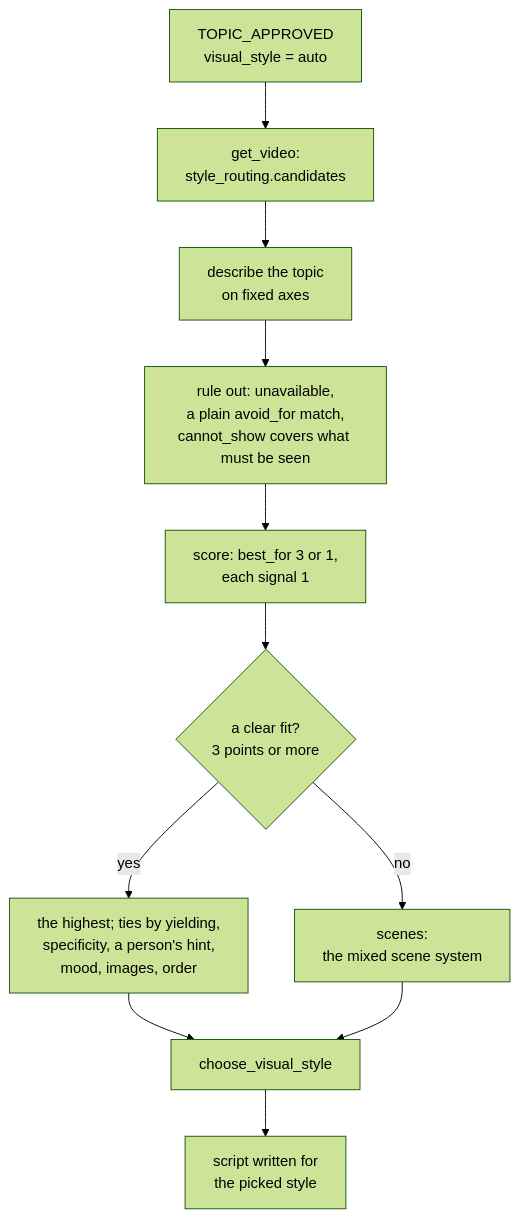
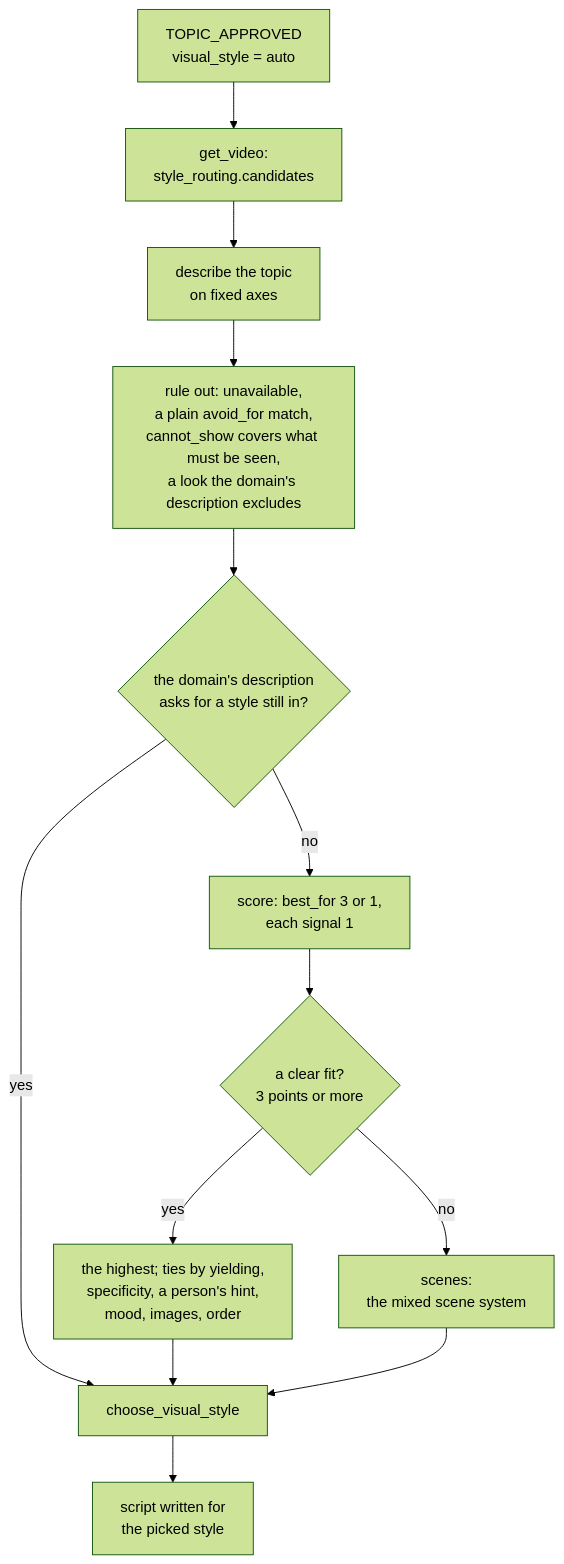
The first of 5 diagrams in docs/developer/10-scene-authoring.md (teja156/tubematic), drawn with Mermaid (forest theme) before and after one commit. The commit also changed other lines of this file and 25 other files, not shown here.

First line of the commit message:
A domain's description is editable in its row and is the agent's standing instructions for that domain (TMDEV-256)

````diff
--- a/docs/developer/10-scene-authoring.md
+++ b/docs/developer/10-scene-authoring.md
@@ -235,13 +235,15 @@
 ```mermaid
 flowchart TD
     A["TOPIC_APPROVED<br/>visual_style = auto"] --> B["get_video:<br/>style_routing.candidates"]
     B --> C["describe the topic<br/>on fixed axes"]
-    C --> D["rule out: unavailable,<br/>a plain avoid_for match,<br/>cannot_show covers what must be seen"]
-    D --> E["score: best_for 3 or 1,<br/>each signal 1"]
+    C --> D["rule out: unavailable,<br/>a plain avoid_for match,<br/>cannot_show covers what must be seen,<br/>a look the domain's description excludes"]
+    D --> R{"the domain's description<br/>asks for a style still in?"}
+    R -->|yes| I
+    R -->|no| E["score: best_for 3 or 1,<br/>each signal 1"]
     E --> F{"a clear fit?<br/>3 points or more"}
     F -->|yes| G["the highest; ties by yielding,<br/>specificity, a person's hint,<br/>mood, images, order"]
     F -->|no| H["scenes:<br/>the mixed scene system"]
     G --> I["choose_visual_style"]
     H --> I
     I --> J["script written for<br/>the picked style"]
 ```
````
